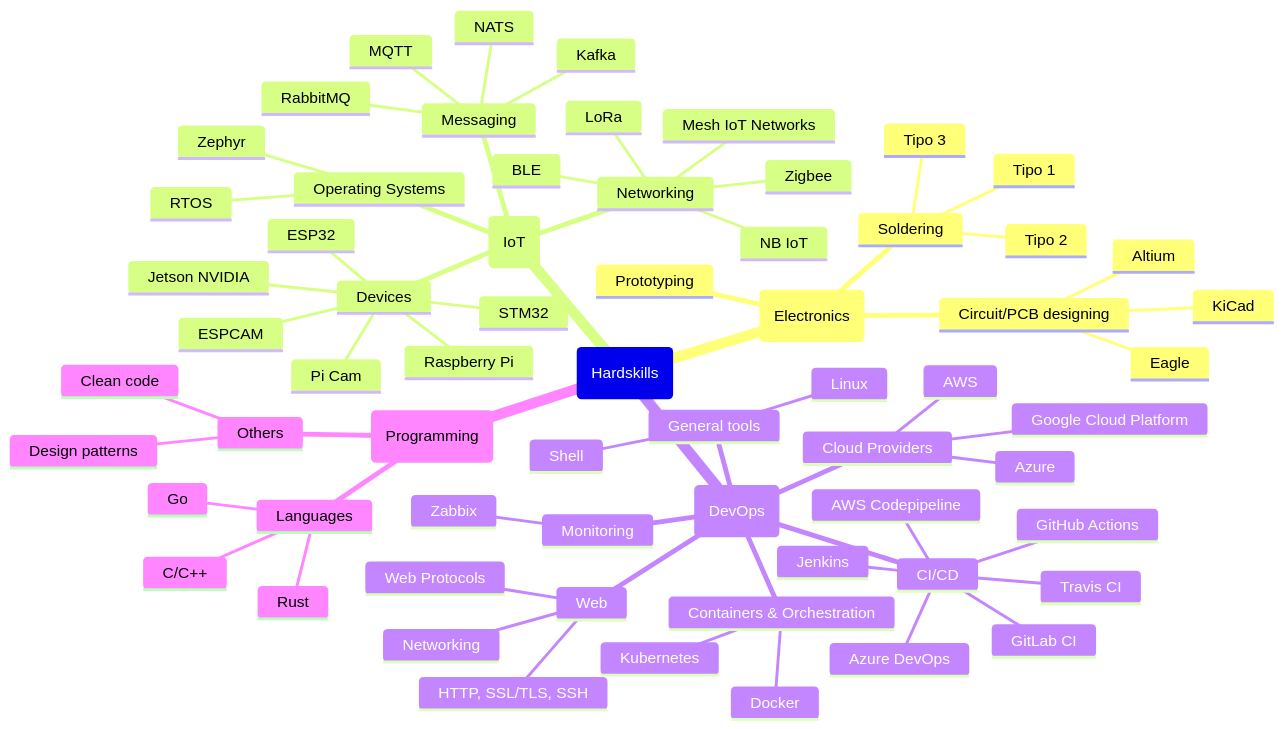
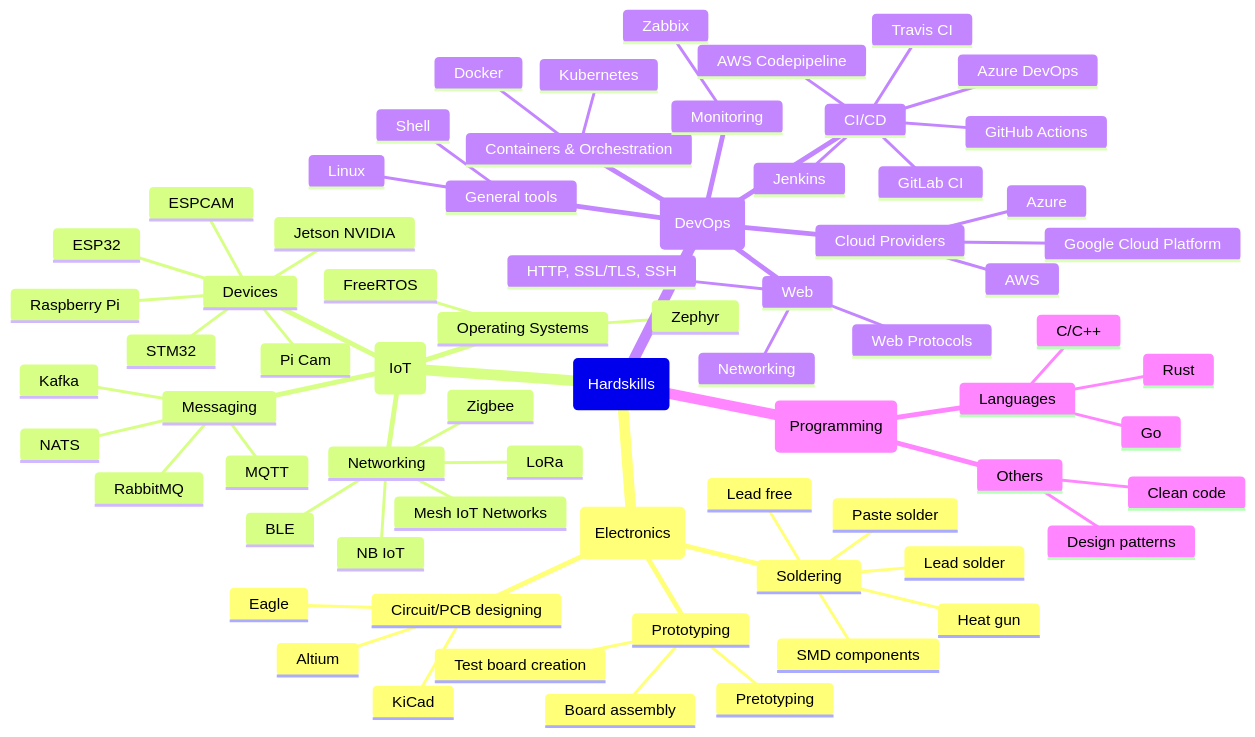
The first of 2 diagrams in README.md (taffarel55/pdi), drawn with Mermaid before and after one commit. The commit also changed other lines of this file, not shown here.

Commit message:
📄 docs: Update docs

````diff
--- a/README.md
+++ b/README.md
@@ -9,74 +9,79 @@
 ```mermaid
 mindmap
   (Hardskills)
   ::icon(fa fa-laptop)
     (Electronics)
     ::icon(fa fa-microchip)
         Circuit/PCB designing
             Altium
             Eagle
             KiCad
         Prototyping
+            Board assembly
+            Test board creation
+            Pretotyping
         Soldering
-            Tipo 1
-            Tipo 2
-            Tipo 3
+            Lead solder
+            Lead free
+            Heat gun
+            SMD components
+            Paste solder
     (IoT)
     ::icon(fa fa-cloud)
         Devices
             Raspberry Pi
             Pi Cam
             ESPCAM
             ESP32
             STM32
             Jetson NVIDIA
         Networking
             LoRa
             Zigbee
             BLE
             Mesh IoT Networks
             NB IoT
         Messaging
             MQTT
             RabbitMQ
             Kafka
             NATS
         Operating Systems
-            RTOS
+            FreeRTOS
             Zephyr
     (DevOps)
     ::icon(fa fa-infinity)
         General tools
             Linux
             Shell
         Web
             Networking
             Web Protocols
             HTTP, SSL/TLS, SSH
         Containers & Orchestration
             Docker
             Kubernetes
         Cloud Providers
             AWS
             Azure
             Google Cloud Platform
         CI/CD
             Jenkins
             GitLab CI
             GitHub Actions
             Travis CI
             AWS Codepipeline
             Azure DevOps
         Monitoring
             Zabbix
     (Programming)
     ::icon(fa fa-book)
         Languages
             C/C++
             Rust
             Go
         Others
             Clean code
             Design patterns
     
 ```
````
